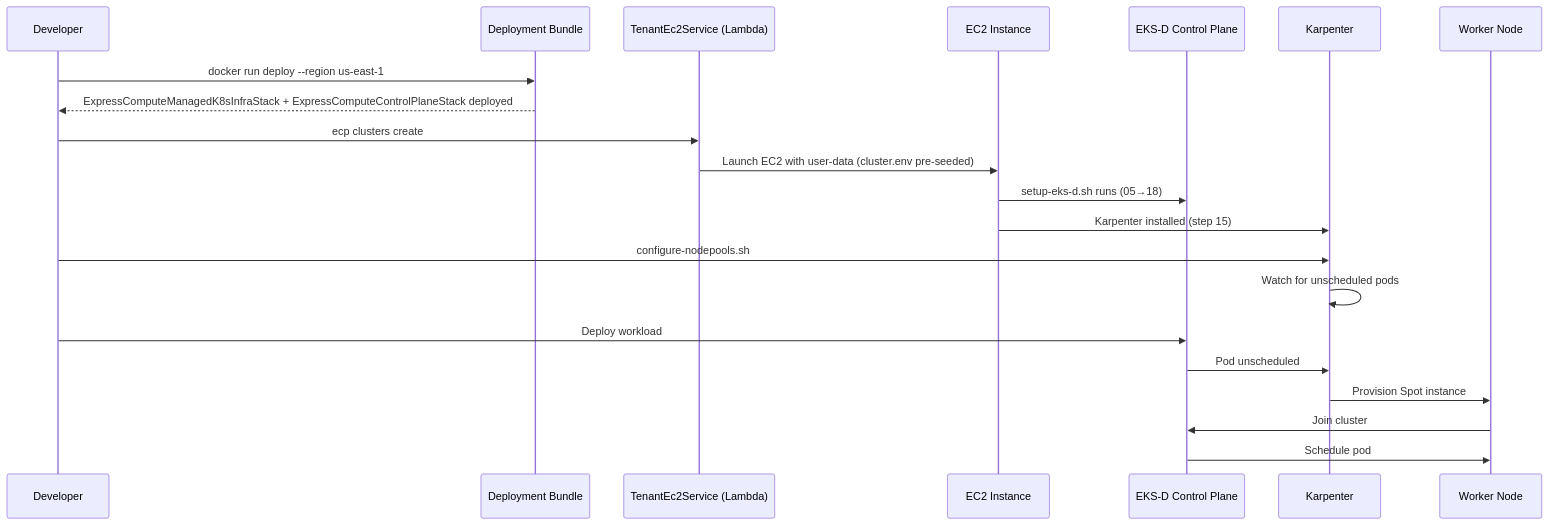
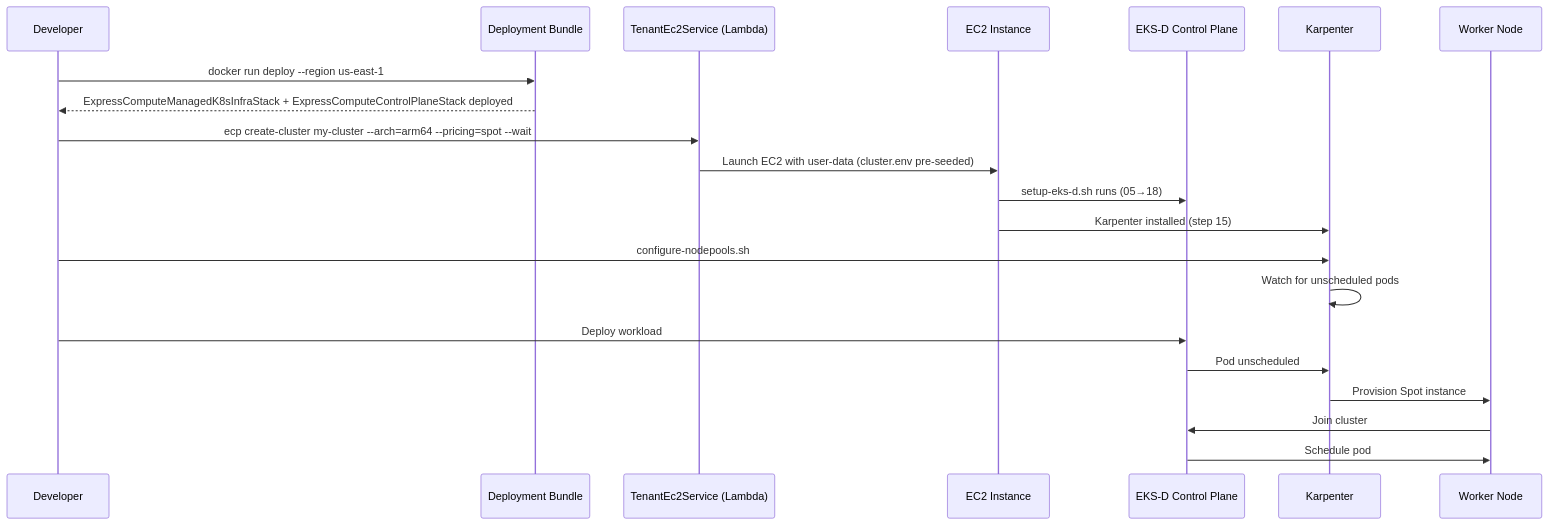
One commit to codriverlabs/express-compute-platform changed the third of 3 diagrams in docs/user-guides/architecture.md. Above: the diagram before and after it, drawn with Mermaid. The commit also changed 4 other files, not shown here.

````diff
--- a/docs/user-guides/architecture.md
+++ b/docs/user-guides/architecture.md
@@ -108,27 +108,27 @@
 ```mermaid
 sequenceDiagram
     participant Dev as Developer
     participant Bundle as Deployment Bundle
     participant Lambda as TenantEc2Service (Lambda)
     participant EC2 as EC2 Instance
     participant EKS as EKS-D Control Plane
     participant K as Karpenter
     participant Worker as Worker Node
 
     Dev->>Bundle: docker run deploy --region us-east-1
     Bundle-->>Dev: ExpressComputeManagedK8sInfraStack + ExpressComputeControlPlaneStack deployed
 
-    Dev->>Lambda: ecp clusters create
+    Dev->>Lambda: ecp create-cluster my-cluster --arch=arm64 --pricing=spot --wait
     Lambda->>EC2: Launch EC2 with user-data (cluster.env pre-seeded)
     EC2->>EKS: setup-eks-d.sh runs (05→18)
     EC2->>K: Karpenter installed (step 15)
 
     Dev->>K: configure-nodepools.sh
     K->>K: Watch for unscheduled pods
 
     Dev->>EKS: Deploy workload
     EKS->>K: Pod unscheduled
     K->>Worker: Provision Spot instance
     Worker->>EKS: Join cluster
     EKS->>Worker: Schedule pod
 ```
````
